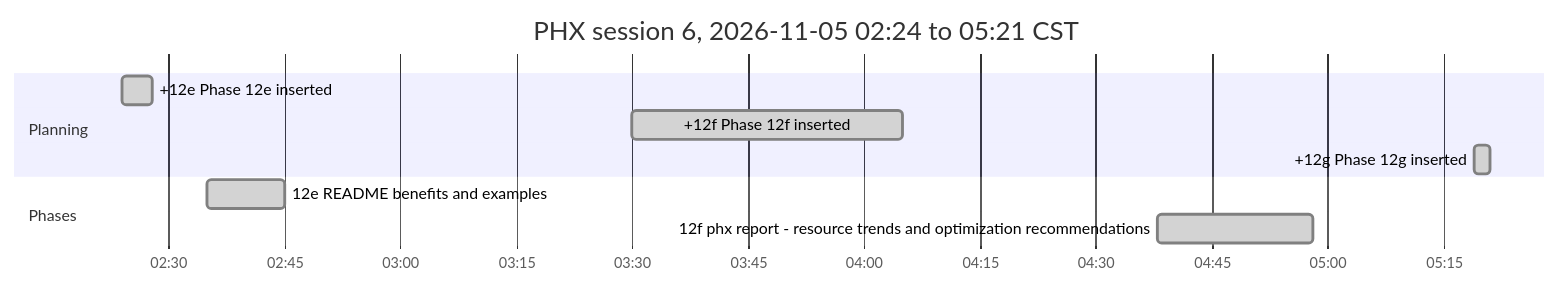
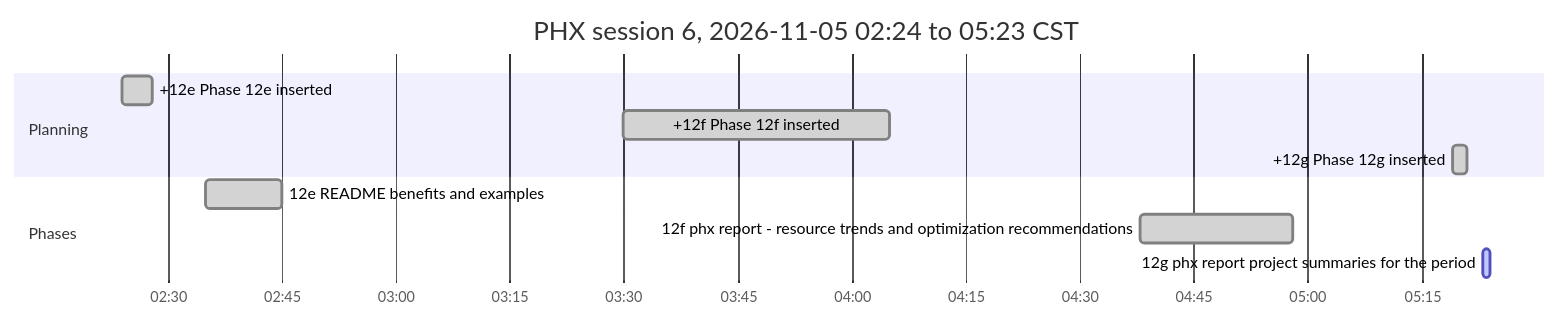
Before and after one commit to antonizick/PhaseHypervisor: the sixth of 6 diagrams in docs/PHX_FINAL-REPORT.md, drawn with Mermaid. The commit also changed other lines of this file and 2 other files, not shown here.

Commit message:
docs(plan): refresh timeline

````diff
--- a/docs/PHX_FINAL-REPORT.md
+++ b/docs/PHX_FINAL-REPORT.md
@@ -162,13 +162,14 @@
 ```mermaid
 gantt
-    title PHX session 6, 2026-11-05 02:24 to 05:21 CST
+    title PHX session 6, 2026-11-05 02:24 to 05:23 CST
     dateFormat YYYY-MM-DD HH:mm
     axisFormat %H:%M
     section Planning
     +12e Phase 12e inserted :done, plan4, 2026-11-05 02:24, 2026-11-05 02:28
     +12f Phase 12f inserted :done, plan5, 2026-11-05 03:30, 2026-11-05 04:05
     +12g Phase 12g inserted :done, plan6, 2026-11-05 05:19, 2026-11-05 05:21
     section Phases
     12e README benefits and examples :done, p12es6, 2026-11-05 02:35, 2026-11-05 02:45
     12f phx report - resource trends and optimization recommendations :done, p12fs6, 2026-11-05 04:38, 2026-11-05 04:58
+    12g phx report project summaries for the period :active, p12gs6, 2026-11-05 05:23, 2026-11-05 05:24
 ```
````
